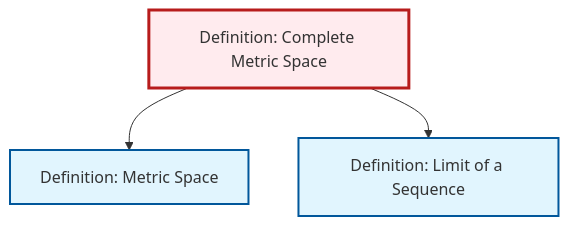
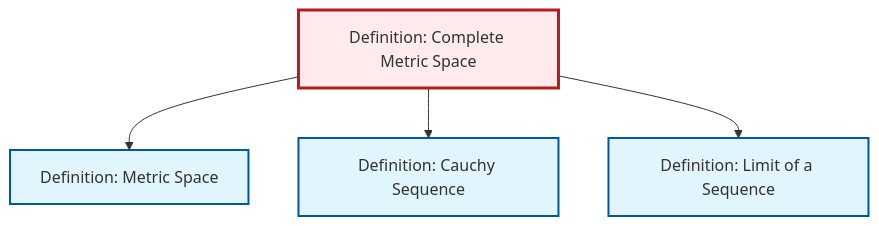
One commit to RK0429/ModernMath changed the diagram in content/ja/analysis/def-complete-metric-space.qmd. Above: the diagram before and after it, drawn with Mermaid. The commit also changed 531 other files, not shown here.

````diff
--- a/content/ja/analysis/def-complete-metric-space.qmd
+++ b/content/ja/analysis/def-complete-metric-space.qmd
@@ -54,17 +54,20 @@
 ```{mermaid}
 %%| fig-cap: "Local dependency graph"
 graph TD
     classDef definition fill:#e1f5fe,stroke:#01579b,stroke-width:2px
     classDef theorem fill:#f3e5f5,stroke:#4a148c,stroke-width:2px
     classDef axiom fill:#fff3e0,stroke:#e65100,stroke-width:2px
     classDef example fill:#e8f5e9,stroke:#1b5e20,stroke-width:2px
     classDef current fill:#ffebee,stroke:#b71c1c,stroke-width:3px
+    def-limit["Definition: Limit of a Sequence"]:::definition
     def-metric-space["Definition: Metric Space"]:::definition
+    def-cauchy-sequence["Definition: Cauchy Sequence"]:::definition
     def-complete-metric-space["Definition: Complete Metric Space"]:::definition
-    def-limit["Definition: Limit of a Sequence"]:::definition
     def-complete-metric-space --> def-metric-space
+    def-complete-metric-space --> def-cauchy-sequence
     def-complete-metric-space --> def-limit
     class def-complete-metric-space current
+    click def-limit "def-limit.html" "Definition: Limit of a Sequenceへ"
     click def-metric-space "def-metric-space.html" "Definition: Metric Spaceへ"
-    click def-limit "def-limit.html" "Definition: Limit of a Sequenceへ"
+    click def-cauchy-sequence "def-cauchy-sequence.html" "Definition: Cauchy Sequenceへ"
 ```
````
